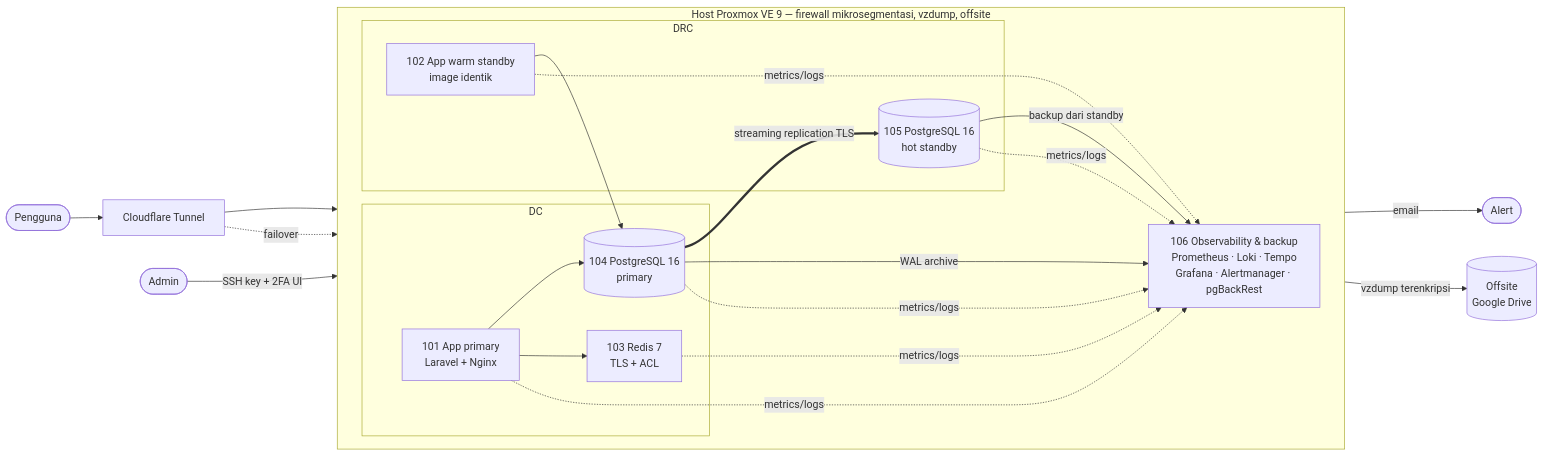
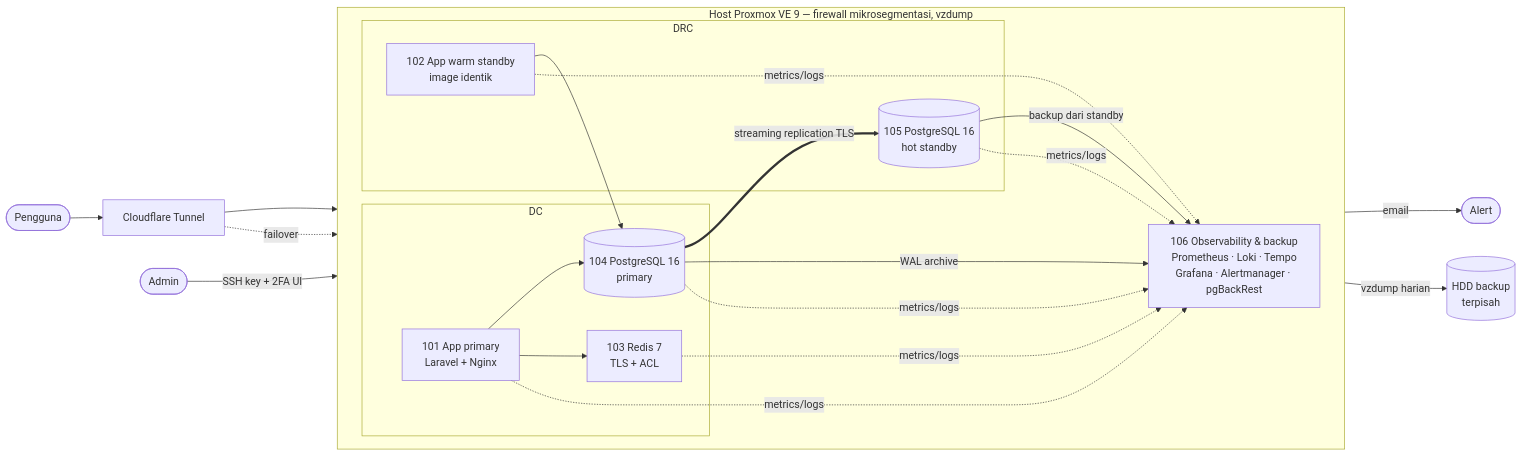
One commit to urobin84/proxmox-homelab-as-code changed the diagram in README.md. Above: the diagram before and after it, drawn with Mermaid. The commit also changed other lines of this file and 20 other files, not shown here.

First line of the commit message:
refactor: pensiunkan backup offsite Google Drive

````diff
--- a/README.md
+++ b/README.md
@@ -35,31 +35,31 @@
 ```mermaid
 flowchart LR
     user([Pengguna]) --> cf[Cloudflare Tunnel]
     admin([Admin]) -->|SSH key + 2FA UI| pve
 
-    subgraph pve[Host Proxmox VE 9 — firewall mikrosegmentasi, vzdump, offsite]
+    subgraph pve[Host Proxmox VE 9 — firewall mikrosegmentasi, vzdump]
         direction LR
         subgraph DC[DC]
             app[101 App primary<br/>Laravel + Nginx]
             redis[103 Redis 7<br/>TLS + ACL]
             db[(104 PostgreSQL 16<br/>primary)]
         end
         subgraph DRC[DRC]
             standby[102 App warm standby<br/>image identik]
             replica[(105 PostgreSQL 16<br/>hot standby)]
         end
         mon[106 Observability & backup<br/>Prometheus · Loki · Tempo<br/>Grafana · Alertmanager · pgBackRest]
     end
 
     cf --> app
     cf -.failover.-> standby
     app --> db
     standby --> db
     app --> redis
     db ==>|streaming replication TLS| replica
     db -->|WAL archive| mon
     replica -->|backup dari standby| mon
     app & standby & redis & db & replica -.metrics/logs.-> mon
     mon -->|email| alert([Alert])
-    pve -->|vzdump terenkripsi| gdrive[(Offsite<br/>Google Drive)]
+    pve -->|vzdump harian| hdd[(HDD backup<br/>terpisah)]
 ```
````
